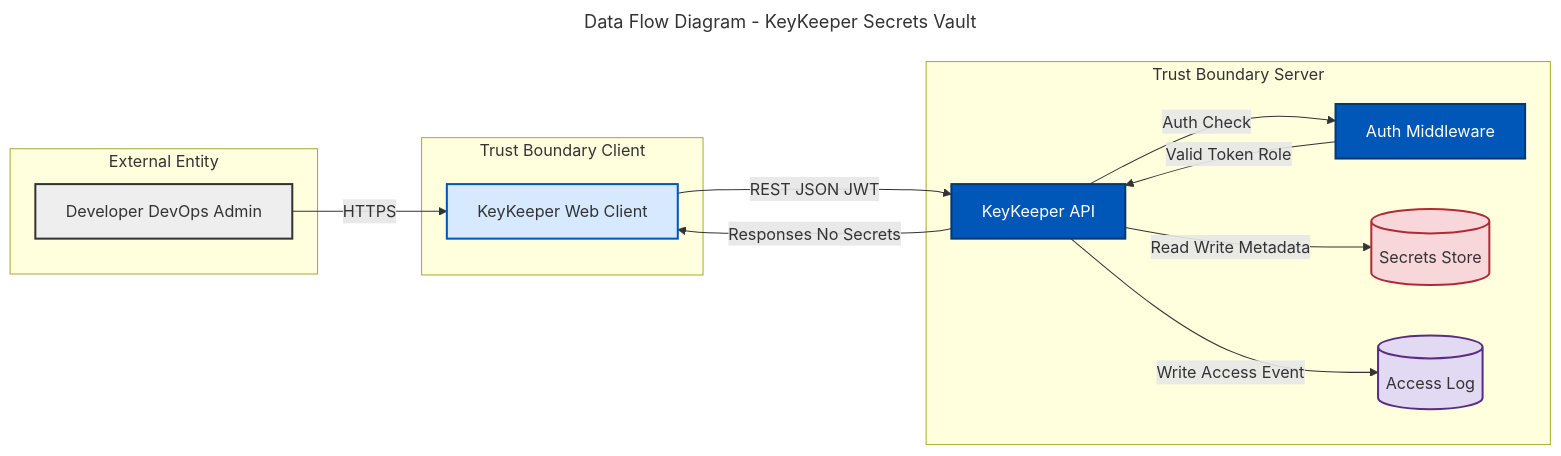
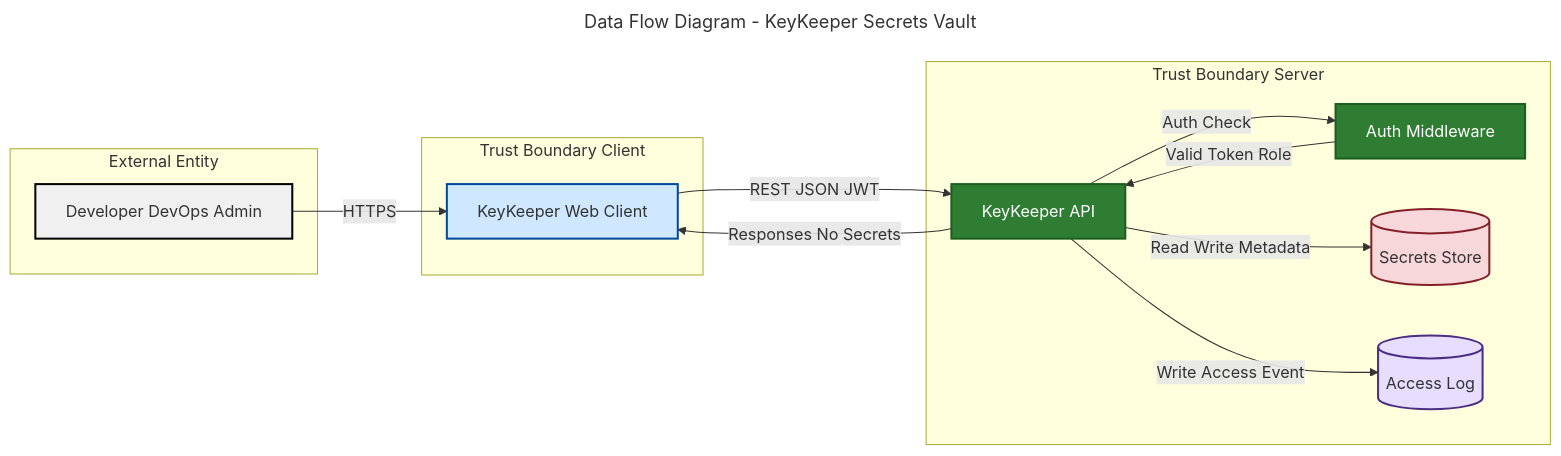
Before and after one commit to osteinke/security-capstone-student: the diagram in 05-keykeeper/threat-model/dfd.mmd, drawn with Mermaid.

Commit message:
add diagram

```diff
--- a/05-keykeeper/threat-model/dfd.mmd
+++ b/05-keykeeper/threat-model/dfd.mmd
@@ -1,45 +1,47 @@
 ---
 title: Data Flow Diagram - KeyKeeper Secrets Vault
 ---
 
 flowchart LR
 
 subgraph External["External Entity"]
     User[Developer DevOps Admin]
 end
 
 subgraph ClientTrust["Trust Boundary Client"]
     FE[KeyKeeper Web Client]
 end
 
 subgraph ServerTrust["Trust Boundary Server"]
     API[KeyKeeper API]
     AUTH[Auth Middleware]
     DB[(Secrets Store)]
     LOG[(Access Log)]
 end
 
 User -->|"HTTPS"| FE
 FE -->|"REST JSON JWT"| API
 
 API -->|"Auth Check"| AUTH
 AUTH -->|"Valid Token Role"| API
 
 API -->|"Read Write Metadata"| DB
 API -->|"Write Access Event"| LOG
 API -->|"Responses No Secrets"| FE
 
 
-classDef external fill:#eeeeee,stroke:#333333,stroke-width:2px
-classDef client fill:#d6e9ff,stroke:#0057b8,stroke-width:2px
-classDef server fill:#0057b8,stroke:#003a75,stroke-width:2px,color:#ffffff
-classDef database fill:#f8d7da,stroke:#b02a37,stroke-width:2px
-classDef audit fill:#e2d9f3,stroke:#5a2d82,stroke-width:2px
+%% High-visibility, brand-agnostic colors
+classDef external fill:#f0f0f0,stroke:#000000,stroke-width:2px
+classDef client fill:#cfe8ff,stroke:#004a99,stroke-width:2px
+classDef server fill:#2e7d32,stroke:#1b5e20,stroke-width:2px,color:#ffffff
+classDef database fill:#f8d7da,stroke:#842029,stroke-width:2px
+classDef audit fill:#e6ddff,stroke:#4b2e83,stroke-width:2px
+
 
 
 class User external
 class FE client
 class API server
 class AUTH server
 class DB database
 class LOG audit
```
